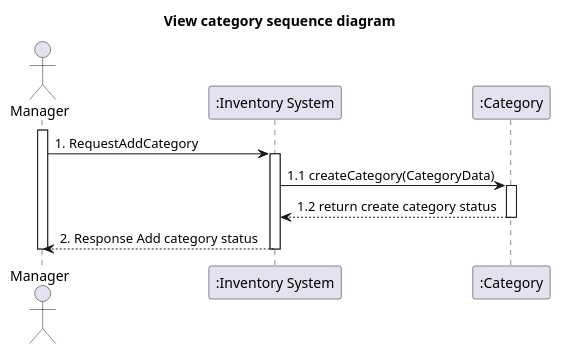
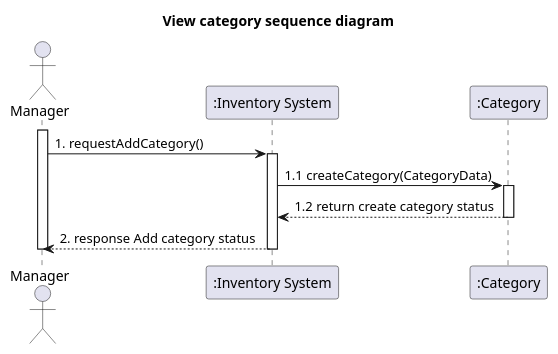
One commit to billowdev/inventory-system-plantuml-sequelize-seeder-example changed the diagram in system-analysis/sequence/_3_2_sequence-add-category.puml. Above: the diagram before and after it, drawn with PlantUML. The commit also changed 22 other files, not shown here.

Commit message:
update sequence refactor to lowwer case

```diff
--- a/system-analysis/sequence/_3_2_sequence-add-category.puml
+++ b/system-analysis/sequence/_3_2_sequence-add-category.puml
@@ -1,27 +1,27 @@
 @startuml
 'example
 title View category sequence diagram
 
 actor Manager as actorManager
 participant ":Inventory System" as InventorySystem
 participant ":Category" as classCategory
 
 activate actorManager
 
-actorManager -> InventorySystem: 1. RequestAddCategory
+actorManager -> InventorySystem: 1. requestAddCategory()
 activate InventorySystem
 
 '-------------- START view product ---------------
 InventorySystem -> classCategory: 1.1 createCategory(CategoryData)
 activate classCategory
 
 classCategory --> InventorySystem: 1.2 return create category status
 deactivate classCategory
 
-InventorySystem --> actorManager : 2. Response Add category status
+InventorySystem --> actorManager : 2. response Add category status
 
 deactivate InventorySystem
 
 deactivate actorManager
 
 @enduml
```
